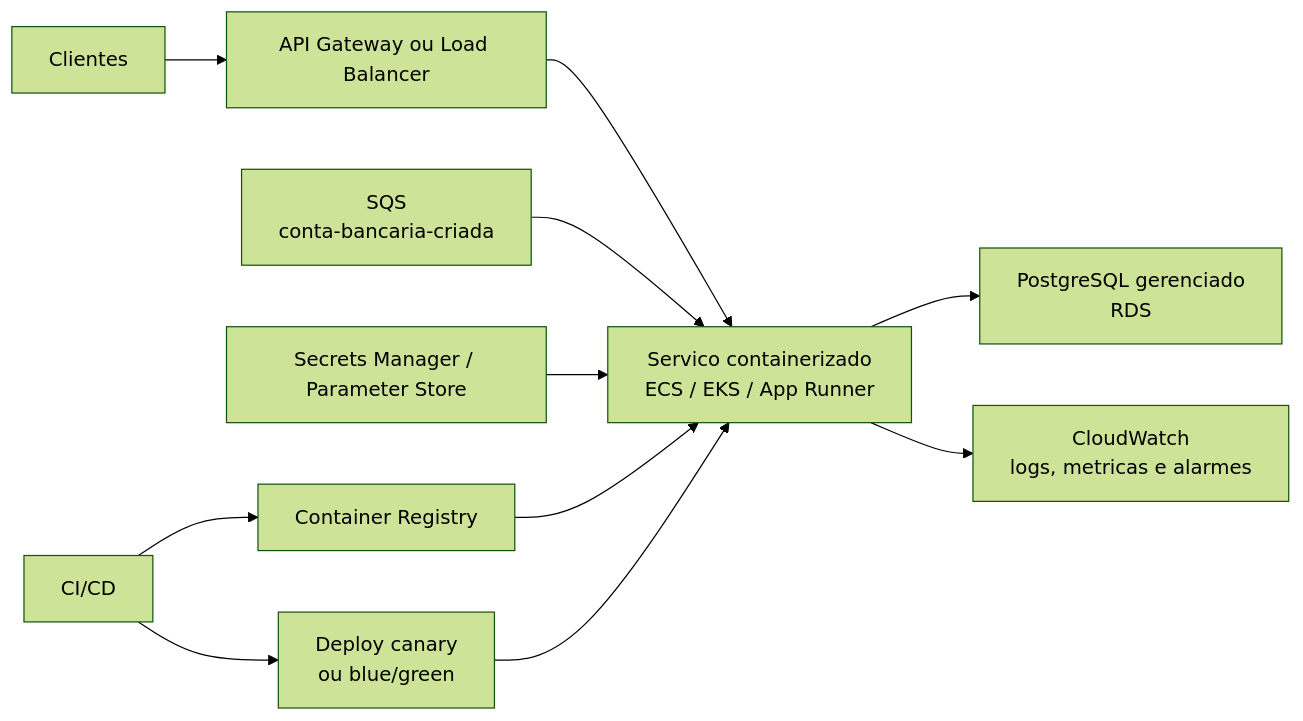
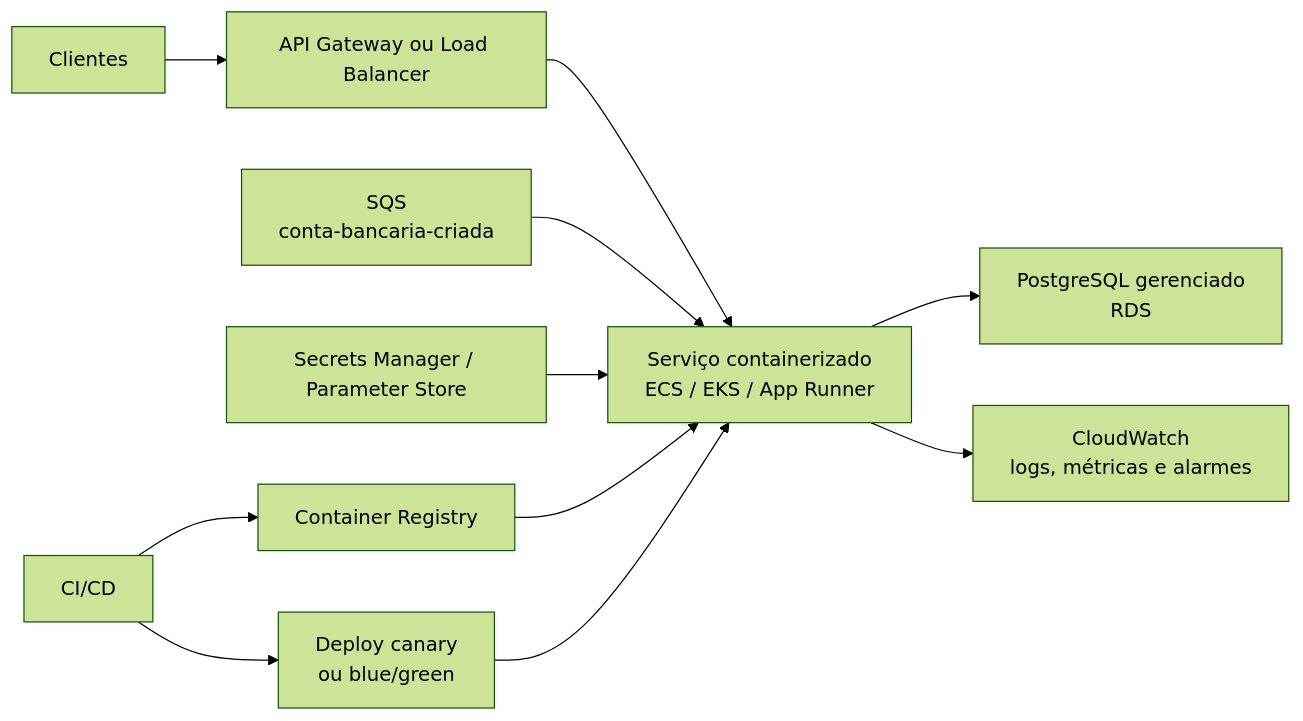
One commit to lstavares/account-movement-authorizer changed the fourth of 4 diagrams in docs/architecture.md. Above: the diagram before and after it, drawn with Mermaid (forest theme). The commit also changed other lines of this file and 11 other files, not shown here.

````diff
--- a/docs/architecture.md
+++ b/docs/architecture.md
@@ -61,13 +61,13 @@
 ```mermaid
 flowchart LR
     clients["Clientes"] --> edge["API Gateway ou Load Balancer"]
-    edge --> service["Servico containerizado<br/>ECS / EKS / App Runner"]
+    edge --> service["Serviço containerizado<br/>ECS / EKS / App Runner"]
     service --> rds["PostgreSQL gerenciado<br/>RDS"]
     sqs["SQS<br/>conta-bancaria-criada"] --> service
-    service --> cw["CloudWatch<br/>logs, metricas e alarmes"]
+    service --> cw["CloudWatch<br/>logs, métricas e alarmes"]
     secrets["Secrets Manager / Parameter Store"] --> service
     registry["Container Registry"] --> service
     pipeline["CI/CD"] --> registry
     pipeline --> deploy["Deploy canary<br/>ou blue/green"]
     deploy --> service
 ```
````
